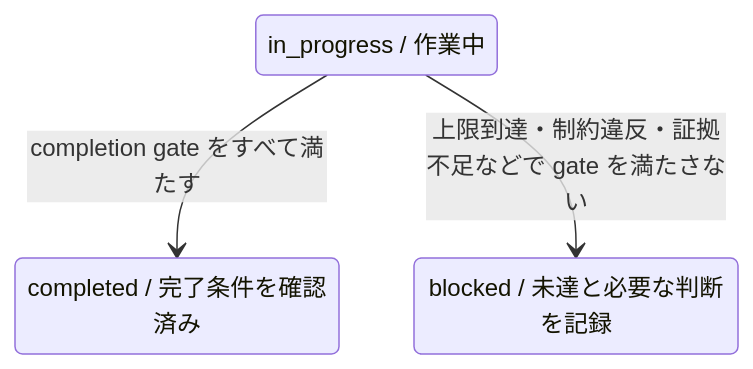
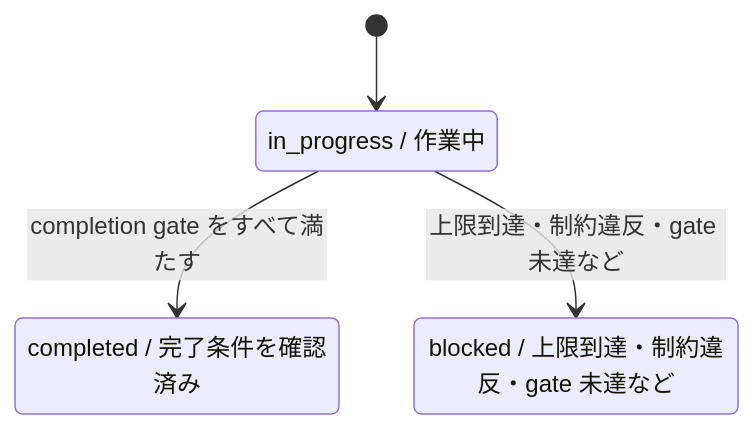
The second of 2 diagrams in docs/development-flow.md (satellite1105/dev-factory-showcase), drawn with Mermaid before and after one commit. The commit also changed other lines of this file and 9 other files, not shown here.

First line of the commit message:
Clarify diagrams, simplify pre-publication checklist

````diff
--- a/docs/development-flow.md
+++ b/docs/development-flow.md
@@ -91,8 +95,9 @@
 ```mermaid
 stateDiagram-v2
     state "in_progress / 作業中" as ACTIVE
     state "completed / 完了条件を確認済み" as DONE
-    state "blocked / 未達と必要な判断を記録" as BLOCKED
+    state "blocked / 上限到達・制約違反・gate 未達など" as BLOCKED
+    [*] --> ACTIVE
     ACTIVE --> DONE : completion gate をすべて満たす
-    ACTIVE --> BLOCKED : 上限到達・制約違反・証拠不足などで gate を満たさない
+    ACTIVE --> BLOCKED : 上限到達・制約違反・gate 未達など
 ```
````
